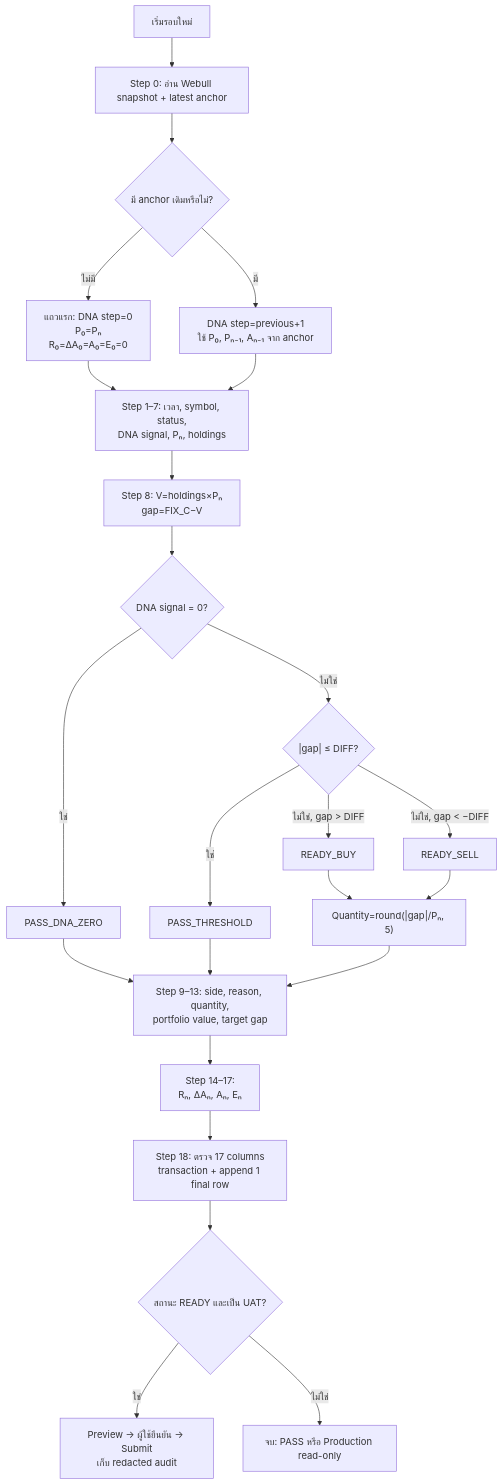
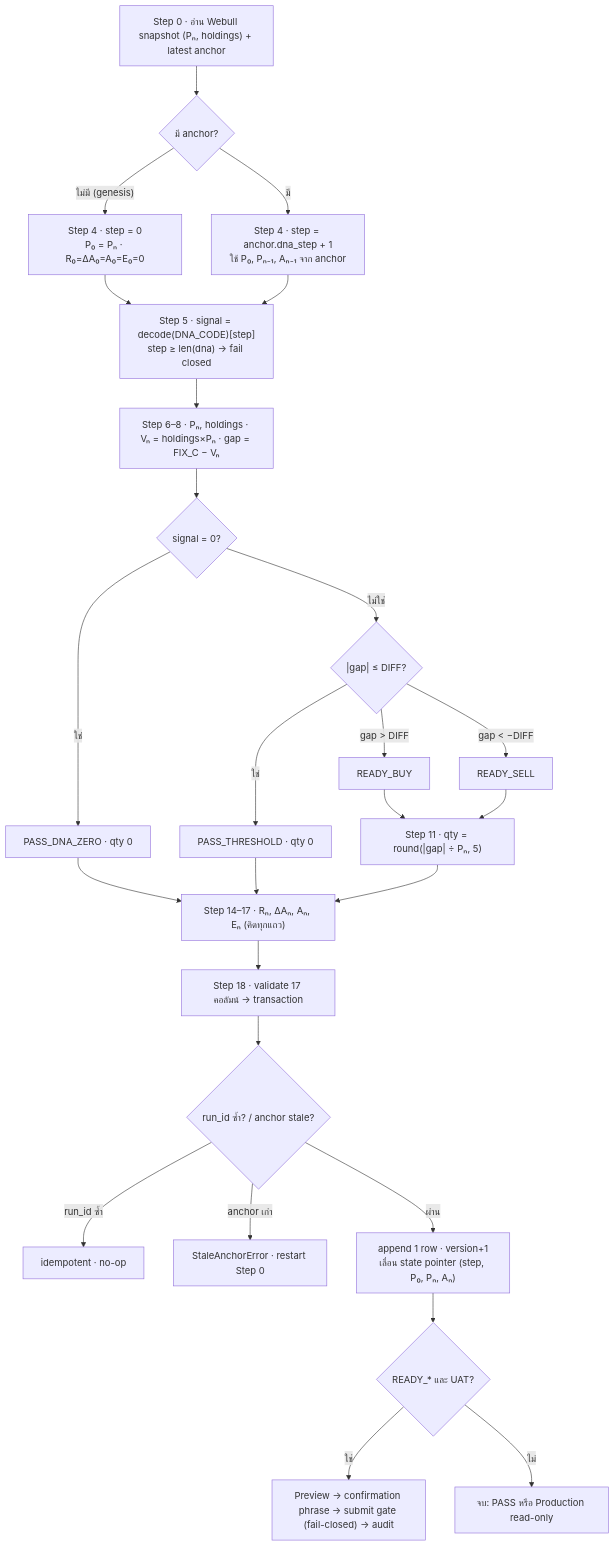
One commit to firstnattapon/leg-code changed the second of 2 diagrams in .claude/skills/lego-equation-flowchart/SKILL.md. Above: the diagram before and after it, drawn with Mermaid. The commit also changed other lines of this file, not shown here.

First line of the commit message:
Rewrite skill as a high-precision, production-grade reference

````diff
--- a/.claude/skills/lego-equation-flowchart/SKILL.md
+++ b/.claude/skills/lego-equation-flowchart/SKILL.md
@@ -66,26 +123,28 @@
 ```mermaid
 flowchart TD
-    A["เริ่มรอบใหม่"] --> B["Step 0: อ่าน Webull snapshot + latest anchor"]
-    B --> C{"มี anchor เดิมหรือไม่?"}
-    C -- "ไม่มี" --> D["แถวแรก: DNA step=0<br/>P₀=Pₙ<br/>R₀=ΔA₀=A₀=E₀=0"]
-    C -- "มี" --> E["DNA step=previous+1<br/>ใช้ P₀, Pₙ₋₁, Aₙ₋₁ จาก anchor"]
-    D --> F["Step 1–7: เวลา, symbol, status,<br/>DNA signal, Pₙ, holdings"]
+    A0["Step 0 · อ่าน Webull snapshot (Pₙ, holdings) + latest anchor"] --> C{"มี anchor?"}
+    C -- "ไม่มี (genesis)" --> D["Step 4 · step = 0<br/>P₀ = Pₙ · R₀=ΔA₀=A₀=E₀=0"]
+    C -- "มี" --> E["Step 4 · step = anchor.dna_step + 1<br/>ใช้ P₀, Pₙ₋₁, Aₙ₋₁ จาก anchor"]
+    D --> F["Step 5 · signal = decode(DNA_CODE)[step]<br/>step ≥ len(dna) → fail closed"]
     E --> F
-    F --> G["Step 8: V=holdings×Pₙ<br/>gap=FIX_C−V"]
-    G --> H{"DNA signal = 0?"}
-    H -- "ใช่" --> I["PASS_DNA_ZERO"]
+    F --> G["Step 6–8 · Pₙ, holdings · Vₙ = holdings×Pₙ · gap = FIX_C − Vₙ"]
+    G --> H{"signal = 0?"}
+    H -- "ใช่" --> I["PASS_DNA_ZERO · qty 0"]
     H -- "ไม่ใช่" --> J{"|gap| ≤ DIFF?"}
-    J -- "ใช่" --> K["PASS_THRESHOLD"]
-    J -- "ไม่ใช่, gap > DIFF" --> L["READY_BUY"]
-    J -- "ไม่ใช่, gap < −DIFF" --> M["READY_SELL"]
-    L --> N["Quantity=round(|gap|/Pₙ, 5)"]
+    J -- "ใช่" --> K["PASS_THRESHOLD · qty 0"]
+    J -- "gap > DIFF" --> L["READY_BUY"]
+    J -- "gap < −DIFF" --> M["READY_SELL"]
+    L --> N["Step 11 · qty = round(|gap| ÷ Pₙ, 5)"]
     M --> N
-    I --> O["Step 9–13: side, reason, quantity,<br/>portfolio value, target gap"]
+    I --> O["Step 14–17 · Rₙ, ΔAₙ, Aₙ, Eₙ (คิดทุกแถว)"]
     K --> O
     N --> O
-    O --> P["Step 14–17:<br/>Rₙ, ΔAₙ, Aₙ, Eₙ"]
-    P --> Q["Step 18: ตรวจ 17 columns<br/>transaction + append 1 final row"]
-    Q --> R{"สถานะ READY และเป็น UAT?"}
-    R -- "ใช่" --> S["Preview → ผู้ใช้ยืนยัน → Submit<br/>เก็บ redacted audit"]
-    R -- "ไม่ใช่" --> T["จบ: PASS หรือ Production read-only"]
+    O --> P["Step 18 · validate 17 คอลัมน์ → transaction"]
+    P --> Q{"run_id ซ้ำ? / anchor stale?"}
+    Q -- "run_id ซ้ำ" --> ID["idempotent · no-op"]
+    Q -- "anchor เก่า" --> SA["StaleAnchorError · restart Step 0"]
+    Q -- "ผ่าน" --> AP["append 1 row · version+1<br/>เลื่อน state pointer (step, P₀, Pₙ, Aₙ)"]
+    AP --> U{"READY_* และ UAT?"}
+    U -- "ใช่" --> UAT["Preview → confirmation phrase → submit gate (fail-closed) → audit"]
+    U -- "ไม่" --> END["จบ: PASS หรือ Production read-only"]
 ```
````
